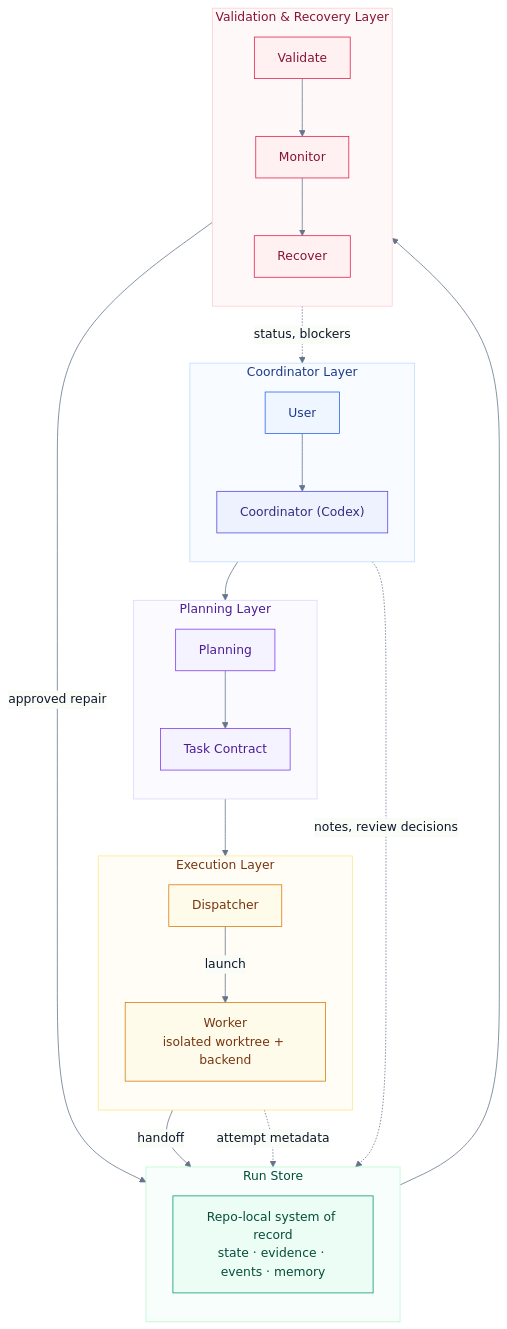
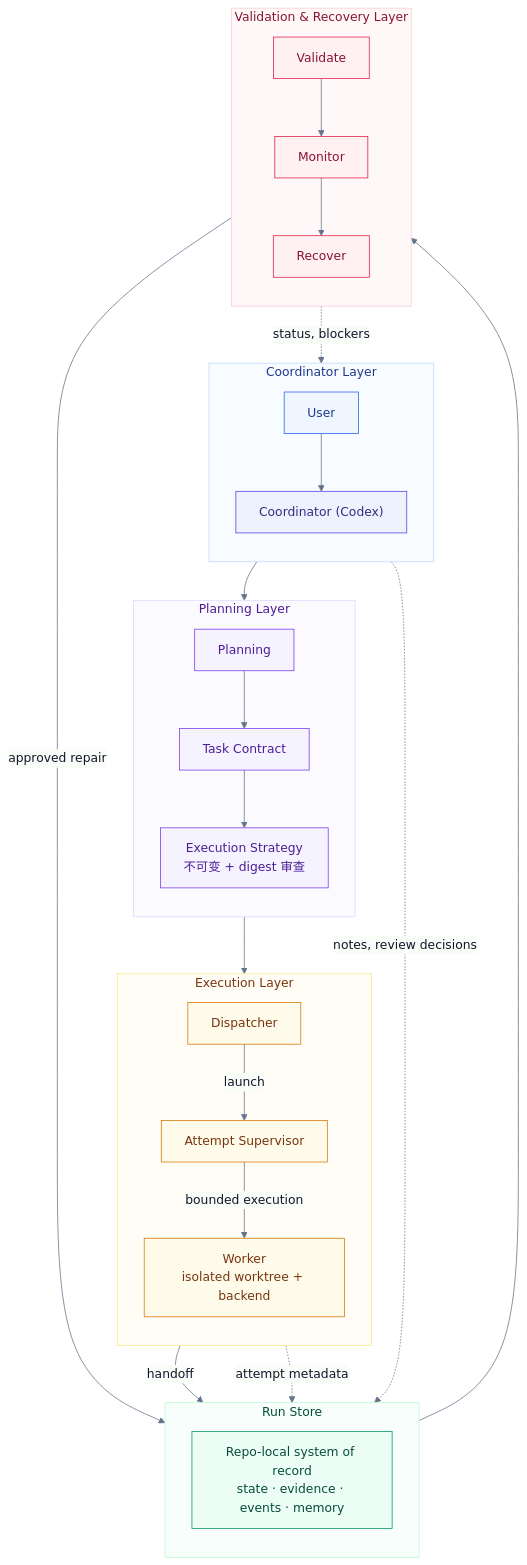
The first of 3 diagrams in README.zh-CN.md (LKCY23/research-dev-orchestrator), drawn with Mermaid before and after one commit. The commit also changed other lines of this file and 66 other files, not shown here.

````diff
--- a/README.zh-CN.md
+++ b/README.zh-CN.md
@@ -58,61 +58,65 @@
 ```mermaid
 %%{init: {"theme":"base","themeVariables":{"fontFamily":"Inter, ui-sans-serif, system-ui","primaryColor":"#f8fafc","primaryTextColor":"#0f172a","primaryBorderColor":"#cbd5e1","lineColor":"#64748b","tertiaryColor":"#ffffff"},"flowchart":{"curve":"basis"}}}%%
 flowchart TB
   subgraph L1["Coordinator Layer"]
     direction TB
     U["User"]:::human
     C["Coordinator (Codex)"]:::coord
     U --> C
   end
 
   subgraph L2["Planning Layer"]
     direction TB
     P["Planning"]:::planning
     T["Task Contract"]:::planning
+    ES["Execution Strategy<br/>不可变 + digest 审查"]:::planning
     P --> T
+    T --> ES
   end
 
   subgraph L3["Execution Layer"]
     direction TB
     D["Dispatcher"]:::exec
+    X["Attempt Supervisor"]:::exec
     W["Worker<br/>isolated worktree + backend"]:::exec
-    D -- "launch" --> W
+    D -- "launch" --> X
+    X -- "bounded execution" --> W
   end
 
   subgraph L4["Run Store"]
     direction TB
     S["Repo-local system of record<br/>state · evidence · events · memory"]:::truth
   end
 
   subgraph L5["Validation & Recovery Layer"]
     direction TB
     V["Validate"]:::validate
     O["Monitor"]:::validate
     R["Recover"]:::validate
     V --> O
     O --> R
   end
 
   C --> P
-  T --> D
+  ES --> D
   W -- "handoff" --> S
   S --> V
 
   D -. "attempt metadata" .-> S
   C -. "notes, review decisions" .-> S
   O -. "status, blockers" .-> C
   R -- "approved repair" --> S
 
   classDef human fill:#eff6ff,stroke:#2563eb,color:#1e3a8a;
   classDef coord fill:#eef2ff,stroke:#4f46e5,color:#312e81;
   classDef planning fill:#f5f3ff,stroke:#7c3aed,color:#4c1d95;
   classDef exec fill:#fffbeb,stroke:#d97706,color:#78350f;
   classDef truth fill:#ecfdf5,stroke:#059669,color:#064e3b;
   classDef validate fill:#fff1f2,stroke:#e11d48,color:#881337;
 
   style L1 fill:#f8fbff,stroke:#bfdbfe,stroke-width:1px,color:#1e3a8a;
   style L2 fill:#fbfaff,stroke:#ddd6fe,stroke-width:1px,color:#4c1d95;
   style L3 fill:#fffdf5,stroke:#fde68a,stroke-width:1px,color:#78350f;
   style L4 fill:#f7fefb,stroke:#bbf7d0,stroke-width:1px,color:#064e3b;
   style L5 fill:#fff8f9,stroke:#fecdd3,stroke-width:1px,color:#881337;
 ```
````
